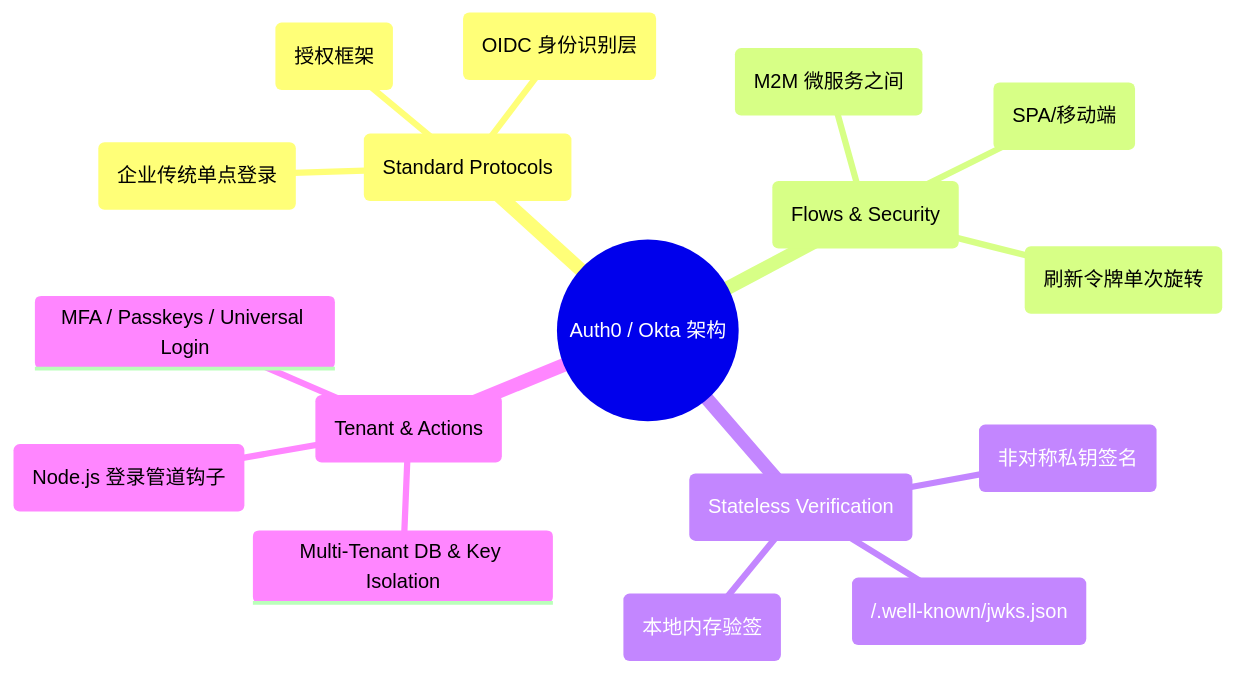
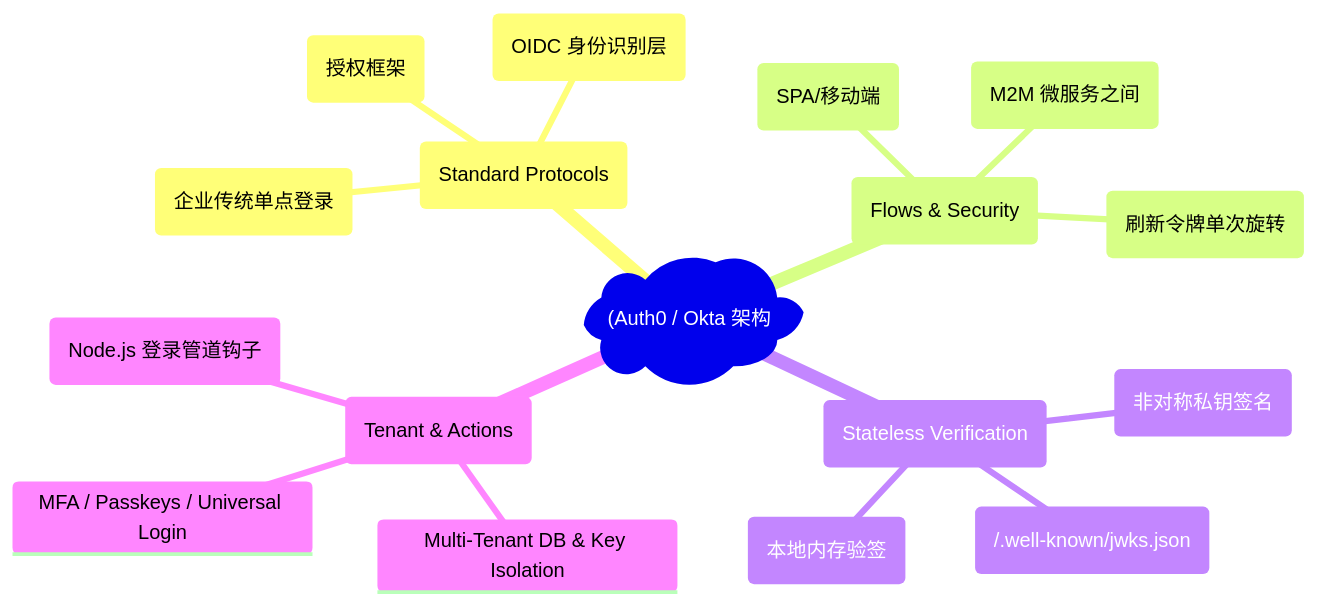
Before and after one commit to koosai/AI-Architect-Learning: the second of 6 diagrams in docs/atlas/auth0-okta.mdx, drawn with Mermaid. The commit also changed other lines of this file and 187 other files, not shown here.

Commit message:
fix(mermaid): fix all unquoted parens and edge label syntax errors across all docs

````diff
--- a/docs/atlas/auth0-okta.mdx
+++ b/docs/atlas/auth0-okta.mdx
@@ -87,20 +87,20 @@
 ```mermaid
 mindmap
-  root((Auth0 / Okta 架构))
+  root("(Auth0 / Okta 架构"))
     协议标准 (Standard Protocols)
       OAuth 2.0 (授权框架)
       OpenID Connect (OIDC 身份识别层)
       SAML 2.0 & WS-Fed (企业传统单点登录)
     授权流与安全 (Flows & Security)
       Authorization Code Flow with PKCE (SPA/移动端)
       Client Credentials Flow (M2M 微服务之间)
       Refresh Token Rotation (刷新令牌单次旋转)
     无状态验签 (Stateless Verification)
       RS256 / ES256 (非对称私钥签名)
       JWKS Endpoint (/.well-known/jwks.json)
       0 Database Lookups (本地内存验签)
     多租户与扩展 (Tenant & Actions)
       Multi-Tenant DB & Key Isolation
       Auth0 Actions (Node.js 登录管道钩子)
       MFA / Passkeys / Universal Login
 ```
````
